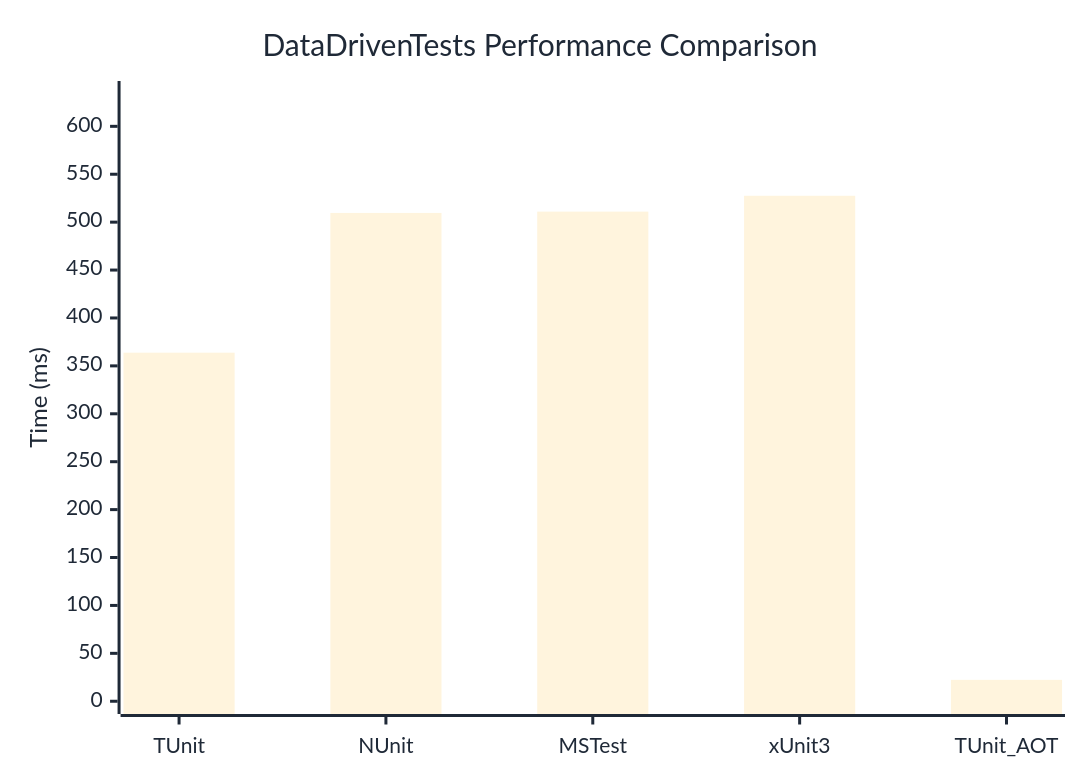
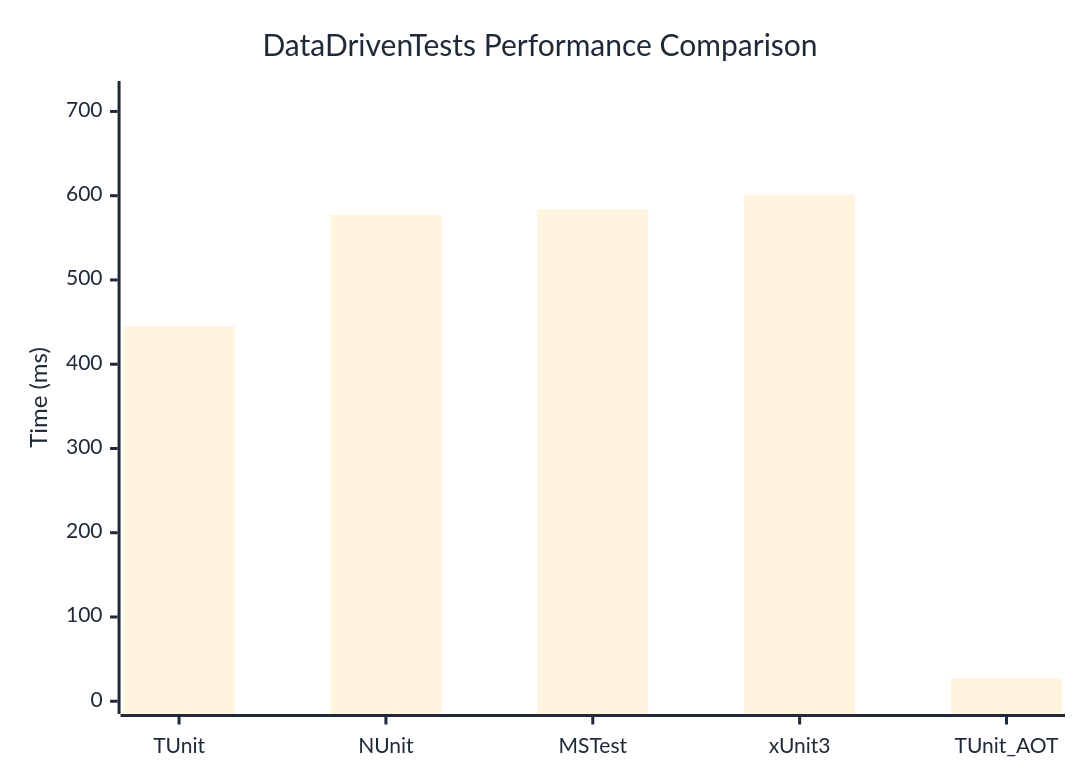
Before and after one commit to thomhurst/TUnit: the diagram in docs/docs/benchmarks/DataDrivenTests.md, drawn with Mermaid. The commit also changed other lines of this file and 16 other files, not shown here.

````diff
--- a/docs/docs/benchmarks/DataDrivenTests.md
+++ b/docs/docs/benchmarks/DataDrivenTests.md
@@ -27,37 +27,37 @@
 ```mermaid
 %%{init: {
   'theme':'base',
   'themeVariables': {
     'primaryColor': '#2563eb',
     'primaryTextColor': '#1f2937',
     'primaryBorderColor': '#1e40af',
     'lineColor': '#6b7280',
     'secondaryColor': '#7c3aed',
     'tertiaryColor': '#dc2626',
     'background': '#ffffff',
     'mainBkg': '#2563eb',
     'secondBkg': '#7c3aed',
     'tertiaryBkg': '#dc2626',
     'clusterBkg': '#f3f4f6',
     'edgeLabelBackground': '#ffffff',
     'tertiaryTextColor': '#1f2937',
     'pie1': '#2563eb',
     'pie2': '#7c3aed',
     'pie3': '#dc2626',
     'pie4': '#f59e0b',
     'pie5': '#10b981',
     'pie6': '#06b6d4',
     'pie7': '#ec4899',
     'pie8': '#6366f1',
     'pie9': '#84cc16',
     'pie10': '#f97316',
     'pie11': '#14b8a6',
     'pie12': '#a855f7'
   }
 }}%%
 xychart-beta
   title "DataDrivenTests Performance Comparison"
   x-axis ["TUnit", "NUnit", "MSTest", "xUnit3", "TUnit_AOT"]
-  y-axis "Time (ms)" 0 --> 634
-  bar [363.77, 509.62, 510.99, 527.53, 22.34]
+  y-axis "Time (ms)" 0 --> 721
+  bar [444.93, 577.19, 583.71, 600.69, 27.22]
 ```
````
